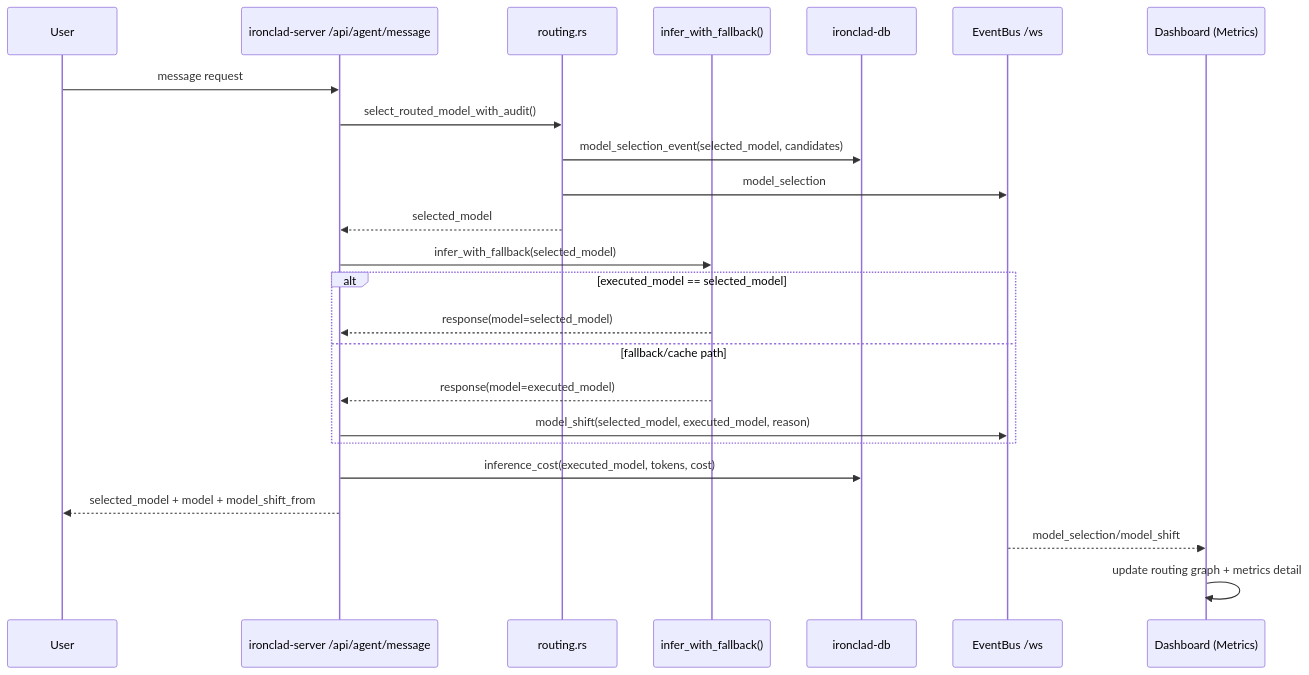
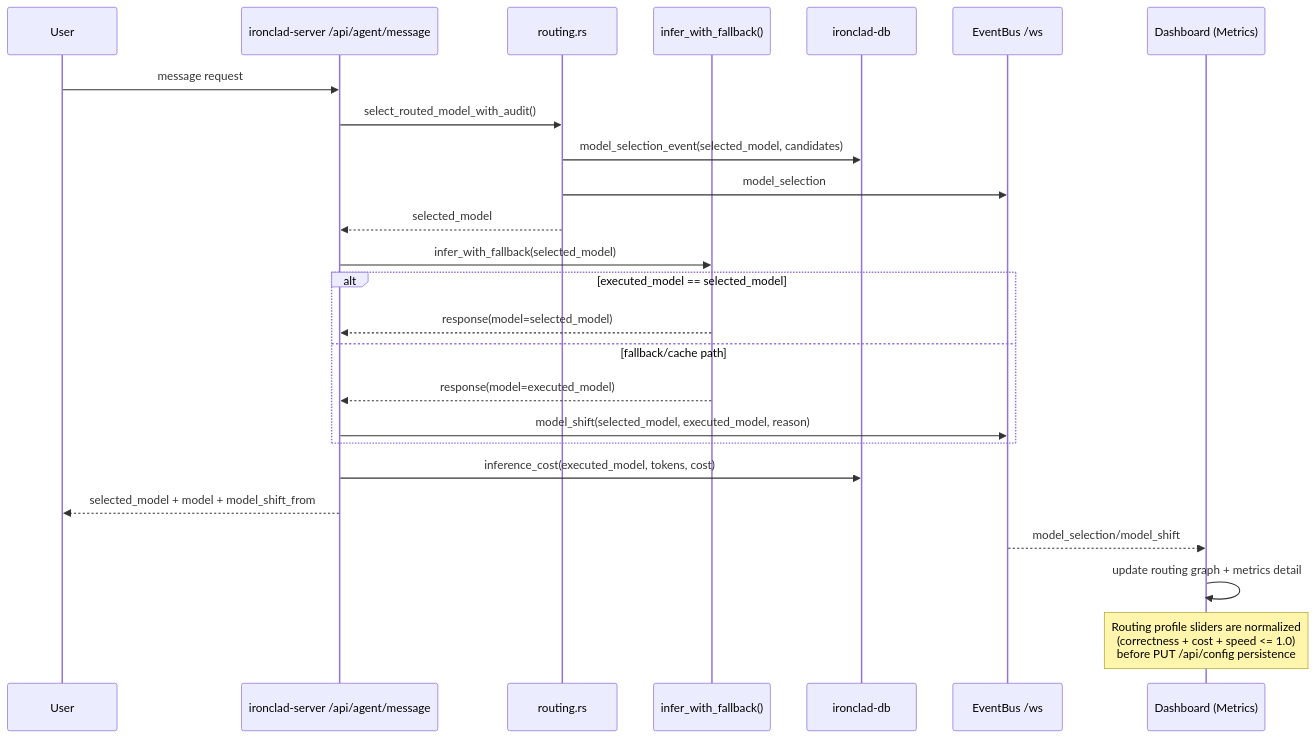
Diagram 18 of 18 in docs/architecture/ironclad-sequences.md (robot-accomplice/ironclad), drawn with Mermaid before and after one commit. The commit also changed 2 other files, not shown here.

Commit message:
docs(v0.9.4): align routing profile constraints across config and sequences

````diff
--- a/docs/architecture/ironclad-sequences.md
+++ b/docs/architecture/ironclad-sequences.md
@@ -1028,29 +1028,30 @@
 ```mermaid
 sequenceDiagram
     participant U as User
     participant API as ironclad-server /api/agent/message
     participant R as routing.rs
     participant I as infer_with_fallback()
     participant DB as ironclad-db
     participant WS as EventBus /ws
     participant UI as Dashboard (Metrics)
 
     U->>API: message request
     API->>R: select_routed_model_with_audit()
     R->>DB: model_selection_event(selected_model, candidates)
     R->>WS: model_selection
     R-->>API: selected_model
 
     API->>I: infer_with_fallback(selected_model)
     alt executed_model == selected_model
         I-->>API: response(model=selected_model)
     else fallback/cache path
         I-->>API: response(model=executed_model)
         API->>WS: model_shift(selected_model, executed_model, reason)
     end
 
     API->>DB: inference_cost(executed_model, tokens, cost)
     API-->>U: selected_model + model + model_shift_from
     WS-->>UI: model_selection/model_shift
     UI->>UI: update routing graph + metrics detail
+    Note over UI: Routing profile sliders are normalized<br/>(correctness + cost + speed <= 1.0)<br/>before PUT /api/config persistence
 ```
````
